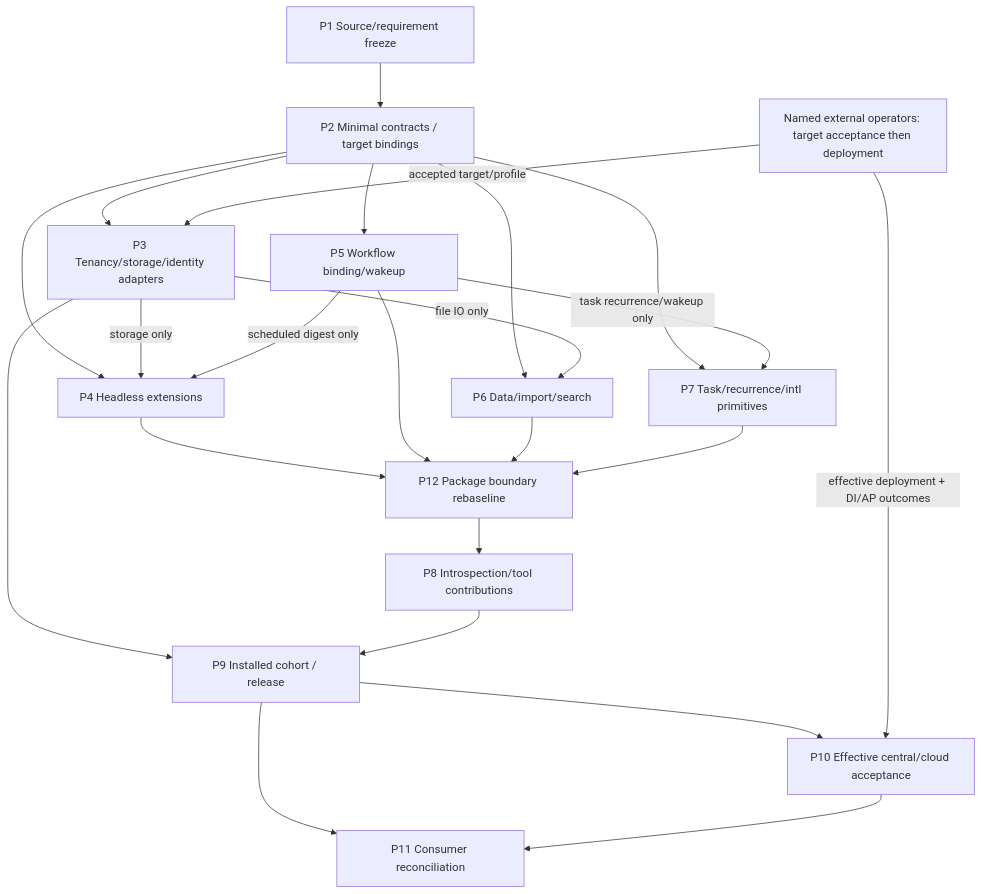
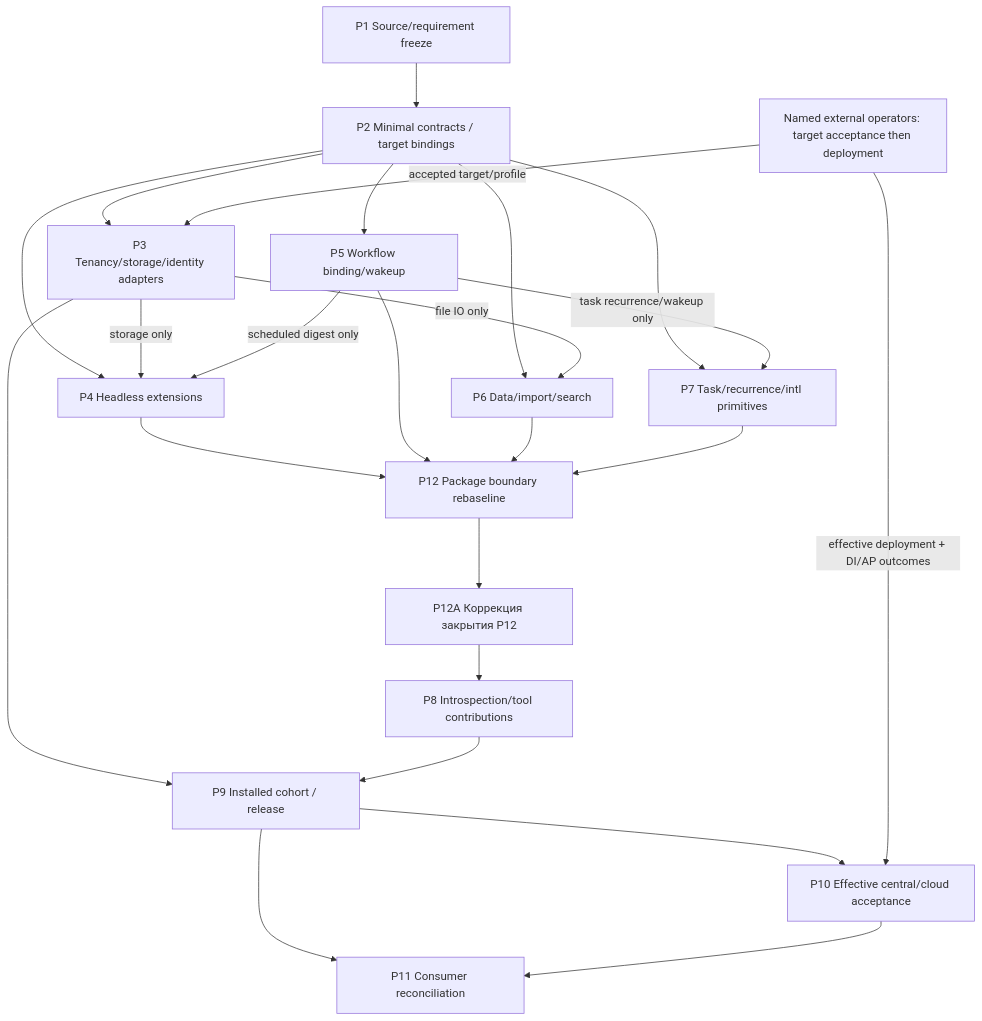
One commit to axiomasoft/corex changed the diagram in plans/2026.09.15-№1-COREX-FLEXCRM-REMAINING/roadmap.md. Above: the diagram before and after it, drawn with Mermaid. The commit also changed other lines of this file and 232 other files, not shown here.

````diff
--- a/plans/2026.09.15-№1-COREX-FLEXCRM-REMAINING/roadmap.md
+++ b/plans/2026.09.15-№1-COREX-FLEXCRM-REMAINING/roadmap.md
@@ -5,25 +5,26 @@
 ```mermaid
 flowchart TD
  P1["P1 Source/requirement freeze"] --> P2["P2 Minimal contracts / target bindings"]
  P2 --> P3["P3 Tenancy/storage/identity adapters"]
  P2 --> P4["P4 Headless extensions"]
  P2 --> P5["P5 Workflow binding/wakeup"]
  P2 --> P6["P6 Data/import/search"]
  P2 --> P7["P7 Task/recurrence/intl primitives"]
  P3 -->|storage only| P4
  P3 -->|file IO only| P6
  P5 -->|task recurrence/wakeup only| P7
  P5 -->|scheduled digest only| P4
  P4 --> P12["P12 Package boundary rebaseline"]
  P5 --> P12
  P6 --> P12
  P7 --> P12
- P12 --> P8["P8 Introspection/tool contributions"]
+ P12 --> P12A["P12A Коррекция закрытия P12"]
+ P12A --> P8["P8 Introspection/tool contributions"]
  P3 --> P9["P9 Installed cohort / release"]
  P8 --> P9
  P9 --> P10["P10 Effective central/cloud acceptance"]
  EXT["Named external operators: target acceptance then deployment"] -->|accepted target/profile| P3
  EXT -->|effective deployment + DI/AP outcomes| P10
  P9 --> P11["P11 Consumer reconciliation"]
  P10 --> P11
 ```
````
